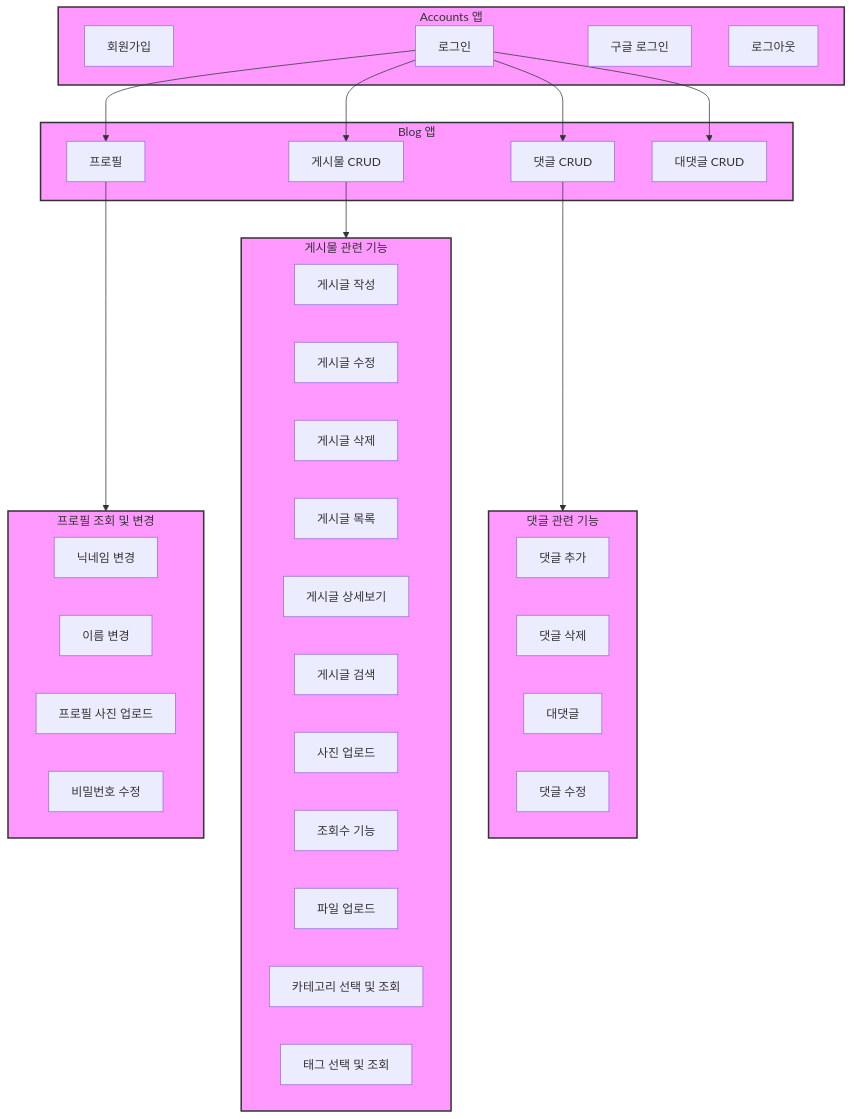
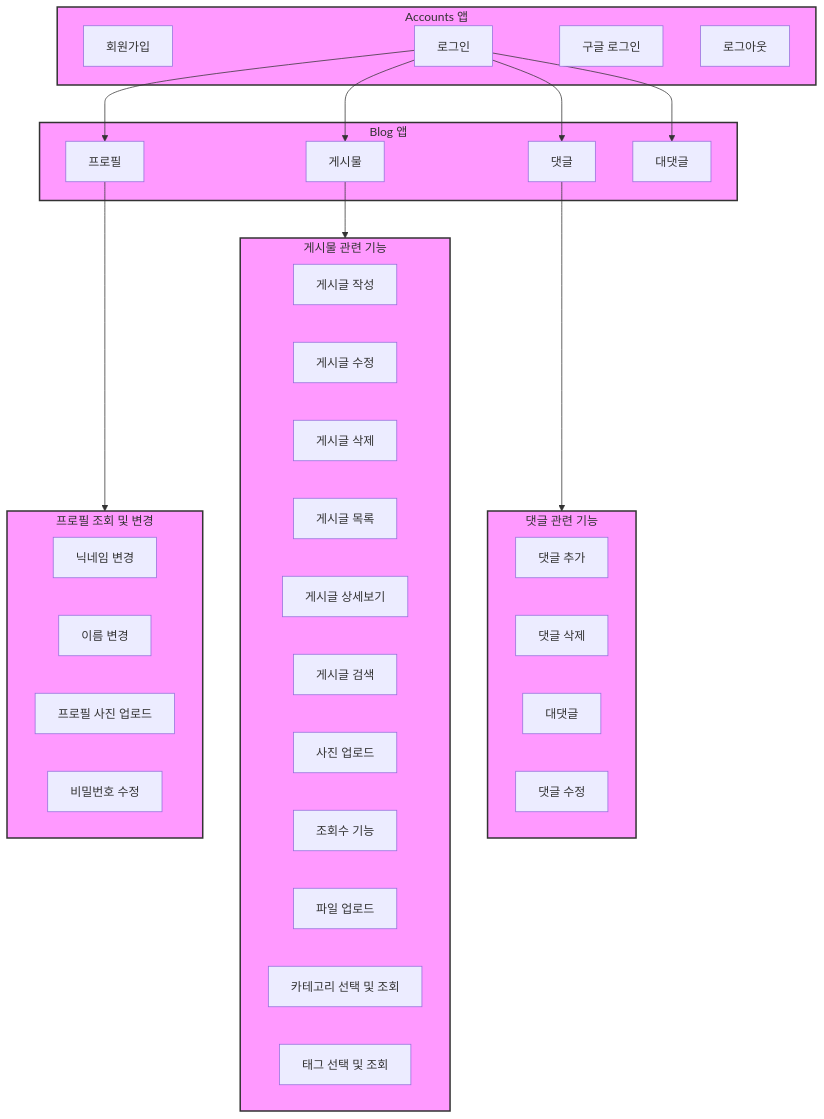
One commit to JoohyungDev/movie-review-blog changed the first of 3 diagrams in README.md. Above: the diagram before and after it, drawn with Mermaid.

````diff
--- a/README.md
+++ b/README.md
@@ -93,59 +93,59 @@
 ```mermaid
 graph TD;
     subgraph accounts [Accounts 앱]
         signup[회원가입]
         login[로그인]
         google_login[구글 로그인]
         logout[로그아웃]
     end
 
     subgraph blog [Blog 앱]
         profile[프로필]
-        postCRUD[게시물 CRUD]
-        commentCRUD[댓글 CRUD]
-        replyCRUD[대댓글 CRUD]
+        postCRUD[게시물]
+        commentCRUD[댓글]
+        replyCRUD[대댓글]
     end
 
     subgraph profileFeatures [프로필 조회 및 변경]
         nicknameSetting[닉네임 변경]
         nameSetting[이름 변경]
         profilePhotoUpload[프로필 사진 업로드]
         passwordEdit[비밀번호 수정]
     end
 
     subgraph postFeatures [게시물 관련 기능]
         createPost[게시글 작성]
         updatePost[게시글 수정]
         deletePost[게시글 삭제]
         postList[게시글 목록]
         postDetail[게시글 상세보기]
         searchPost[게시글 검색]
         uploadPhoto[사진 업로드]
         viewCount[조회수 기능]
         uploadFile[파일 업로드]
         categorySelectAndView[카테고리 선택 및 조회]
         tagSelectAndView[태그 선택 및 조회]
     end
 
     subgraph commentFeatures [댓글 관련 기능]
         addComment[댓글 추가]
         deleteComment[댓글 삭제]
         addReply[대댓글]
         editComment[댓글 수정]
     end
 
     login --> profile;
     profile --> profileFeatures;
     login --> postCRUD;
     login --> commentCRUD;
     login --> replyCRUD;
     postCRUD --> postFeatures;
     commentCRUD --> commentFeatures;
 
     classDef app fill:#f9f,stroke:#333,stroke-width:2px;
     class accounts,blog,profileFeatures,postFeatures,commentFeatures app;
 
 
 
 
 ```
````
